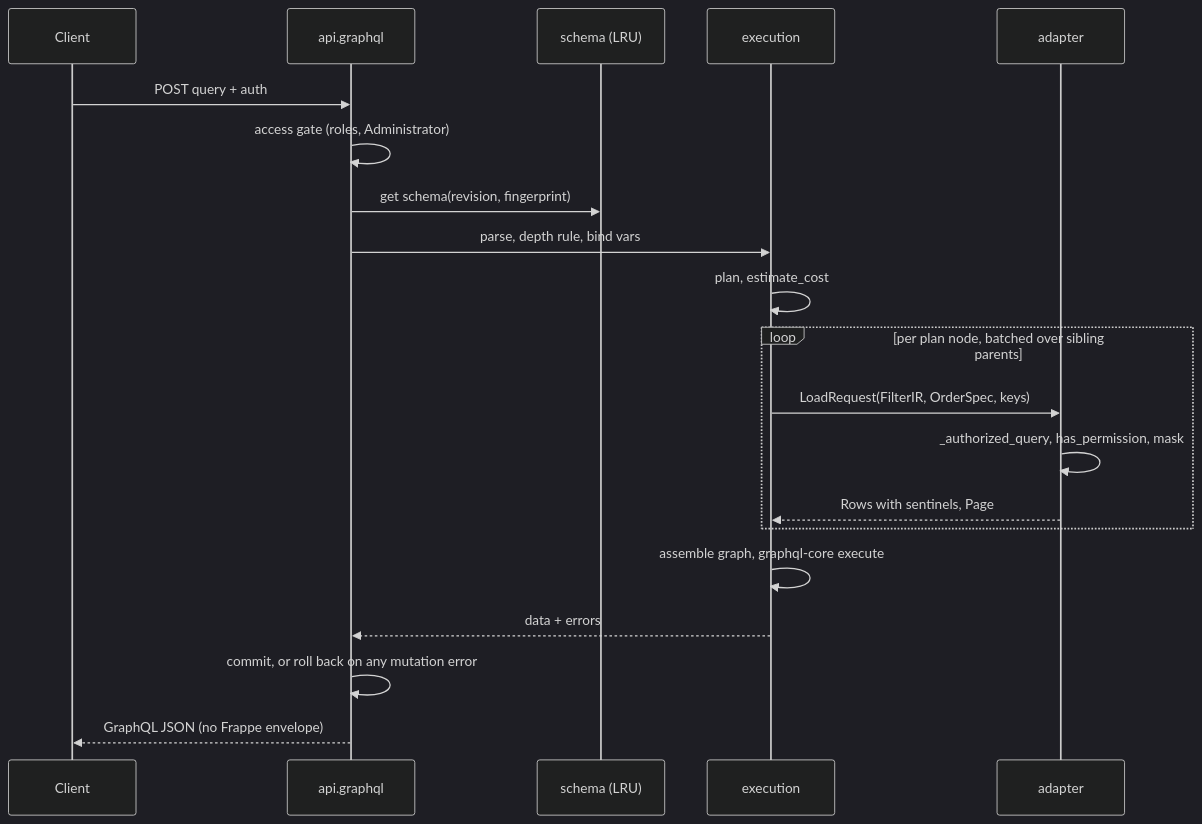
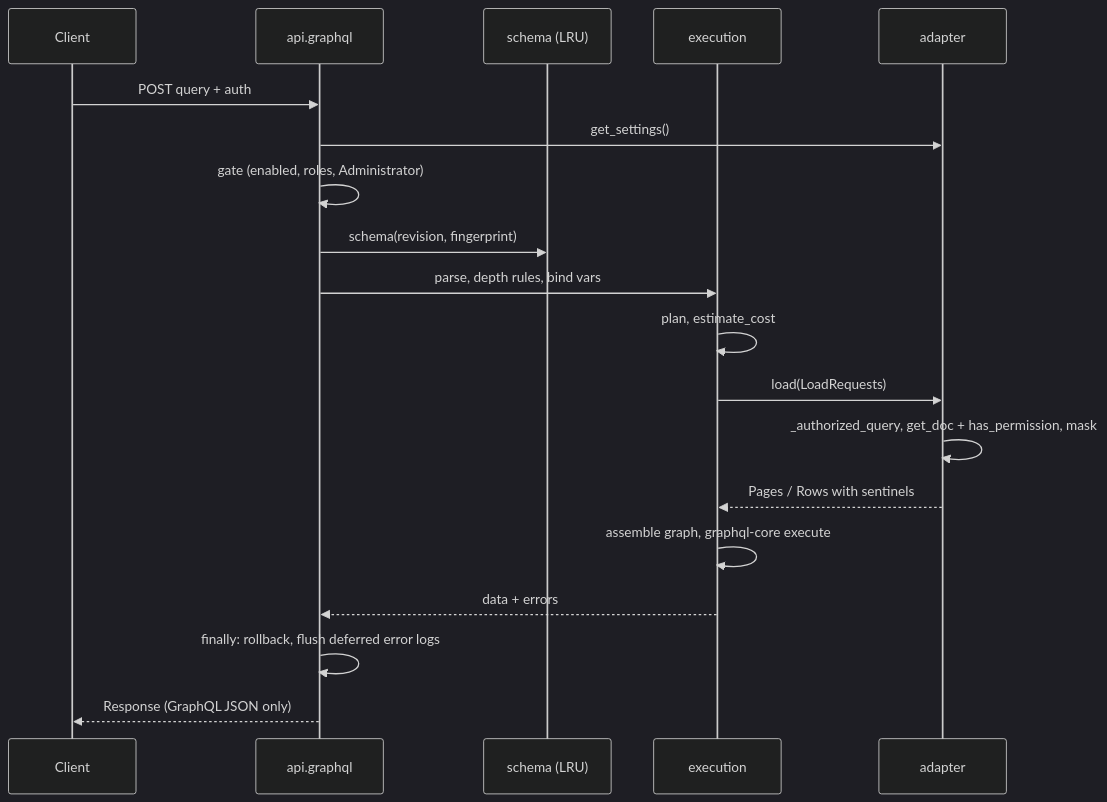
Before and after one commit to arieradle/docweave: the second of 3 diagrams in _bmad-output/planning-artifacts/architecture/architecture-docweave-2026-10-24/ARCHITECTURE-SPINE.md, drawn with Mermaid (dark theme). The commit also changed other lines of this file and 8 other files, not shown here.

First line of the commit message:
Revise architecture after round-2 review; v1 read-only

````diff
--- a/_bmad-output/planning-artifacts/architecture/architecture-docweave-2026-10-24/ARCHITECTURE-SPINE.md
+++ b/_bmad-output/planning-artifacts/architecture/architecture-docweave-2026-10-24/ARCHITECTURE-SPINE.md
@@ -272,22 +327,21 @@
 ```mermaid
 sequenceDiagram
   participant C as Client
   participant A as api.graphql
   participant S as schema (LRU)
   participant E as execution
   participant D as adapter
   C->>A: POST query + auth
-  A->>A: access gate (roles, Administrator)
-  A->>S: get schema(revision, fingerprint)
-  A->>E: parse, depth rule, bind vars
+  A->>D: get_settings()
+  A->>A: gate (enabled, roles, Administrator)
+  A->>S: schema(revision, fingerprint)
+  A->>E: parse, depth rules, bind vars
   E->>E: plan, estimate_cost
-  loop per plan node, batched over sibling parents
-    E->>D: LoadRequest(FilterIR, OrderSpec, keys)
-    D->>D: _authorized_query, has_permission, mask
-    D-->>E: Rows with sentinels, Page
-  end
+  E->>D: load(LoadRequests)
+  D->>D: _authorized_query, get_doc + has_permission, mask
+  D-->>E: Pages / Rows with sentinels
   E->>E: assemble graph, graphql-core execute
   E-->>A: data + errors
-  A->>A: commit, or roll back on any mutation error
-  A-->>C: GraphQL JSON (no Frappe envelope)
+  A->>A: finally: rollback, flush deferred error logs
+  A-->>C: Response (GraphQL JSON only)
 ```
````
